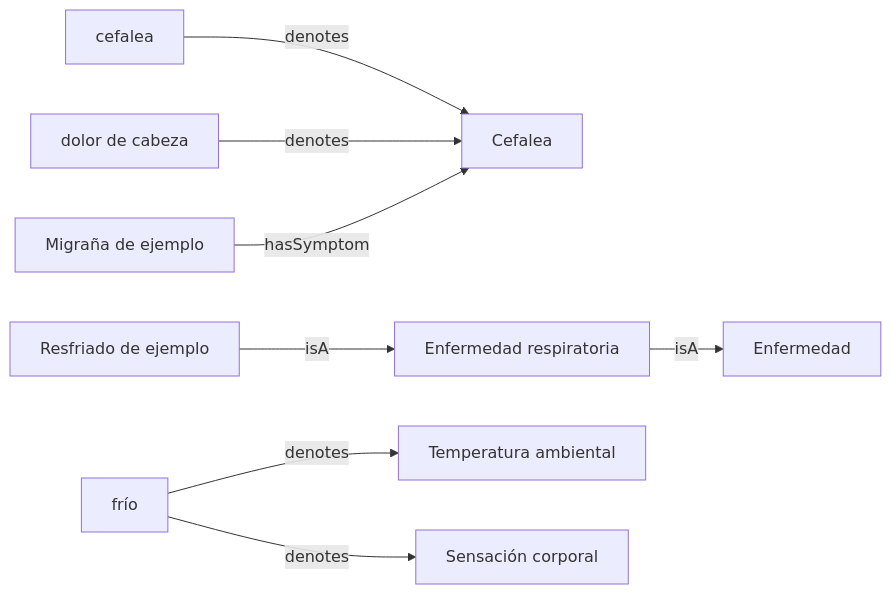
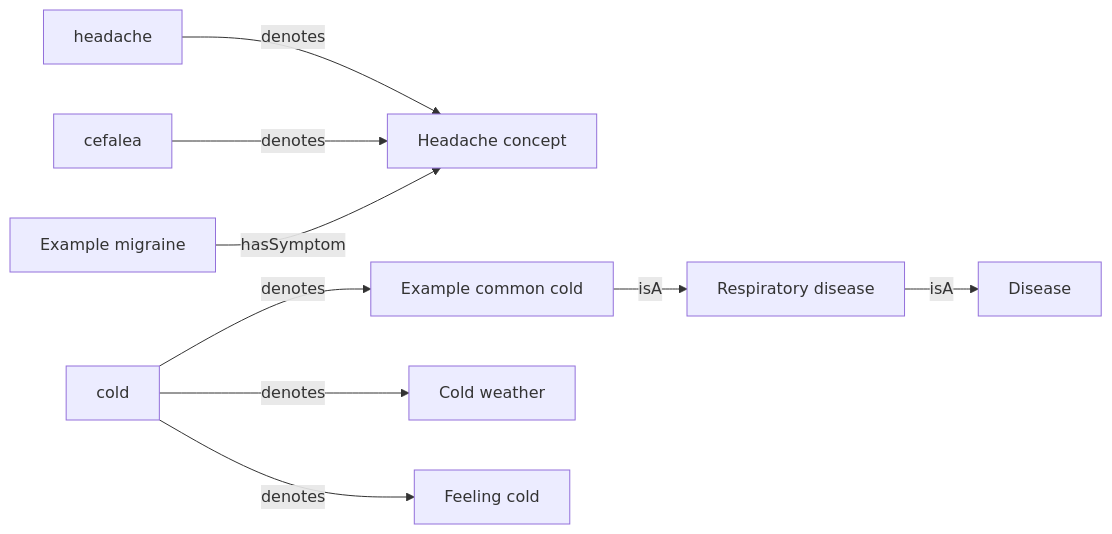
The diagram in README.md (beabustor/knowledge_engineer), drawn with Mermaid before and after one commit. The commit also changed other lines of this file and 15 other files, not shown here.

````diff
--- a/README.md
+++ b/README.md
@@ -25,10 +50,11 @@
 ```mermaid
 graph LR
-  A[cefalea] -->|denotes| C[Cefalea]
-  B[dolor de cabeza] -->|denotes| C
-  M[Migraña de ejemplo] -->|hasSymptom| C
-  R[Resfriado de ejemplo] -->|isA| E[Enfermedad respiratoria]
-  E -->|isA| D[Enfermedad]
-  F[frío] -->|denotes| T[Temperatura ambiental]
-  F -->|denotes| S[Sensación corporal]
+  A[headache] -->|denotes| C[Headache concept]
+  B[cefalea] -->|denotes| C
+  M[Example migraine] -->|hasSymptom| C
+  R[Example common cold] -->|isA| E[Respiratory disease]
+  E -->|isA| D[Disease]
+  F[cold] -->|denotes| T[Cold weather]
+  F -->|denotes| S[Feeling cold]
+  F -->|denotes| R
 ```
````
